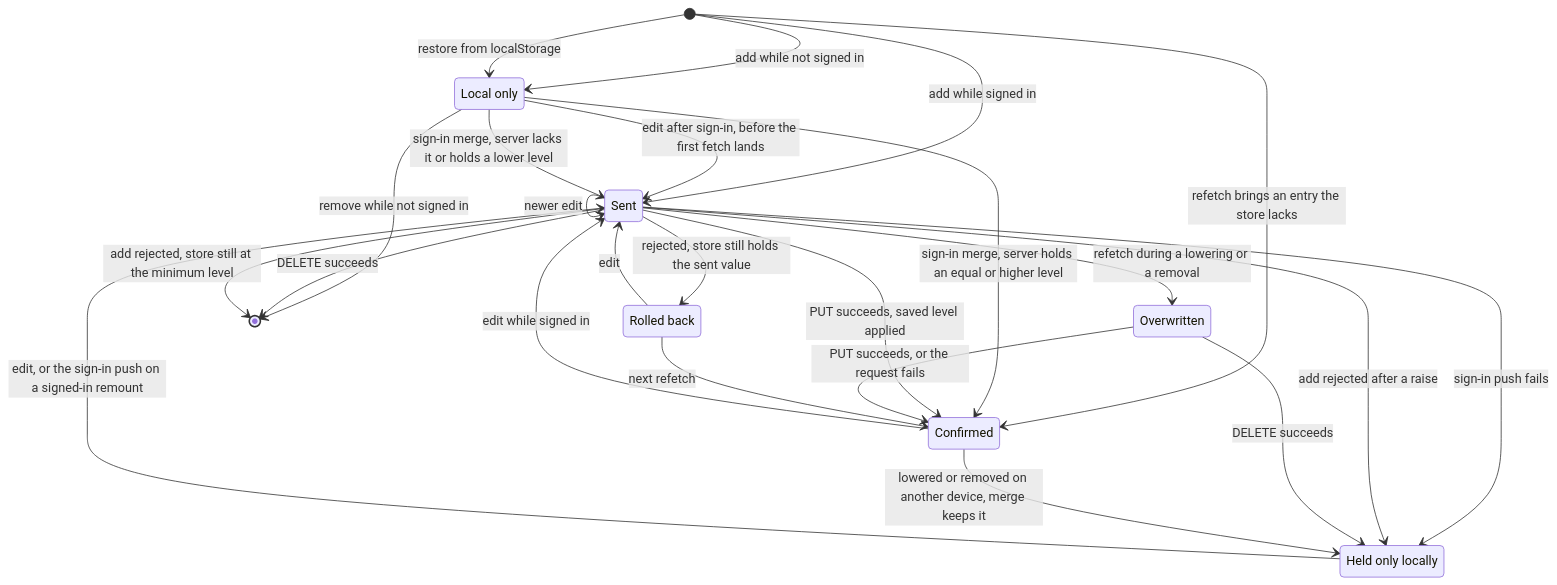
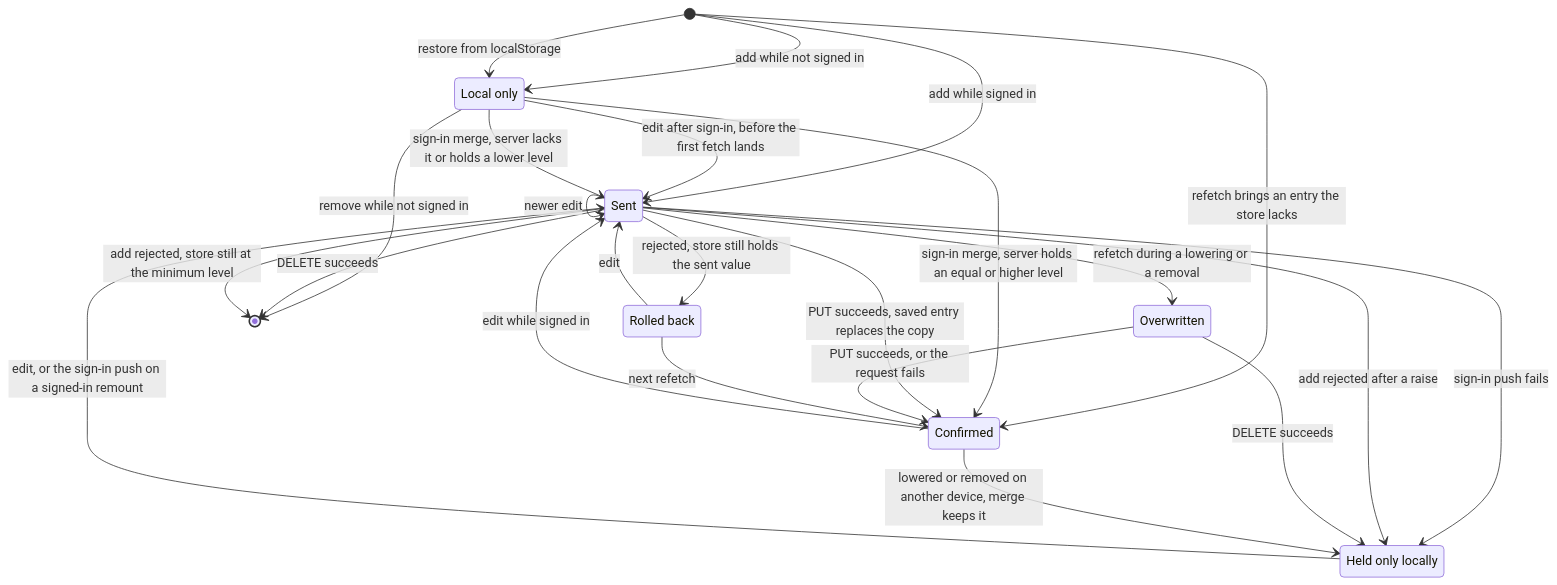
Before and after one commit to dungeon-studio/genshin.dungeon.studio: the first of 3 diagrams in docs/reference/data-flow-lifecycles.md, drawn with Mermaid. The commit also changed other lines of this file and 4 other files, not shown here.

First line of the commit message:
docs: fact-check data flow pages after merging develop

````diff
--- a/docs/reference/data-flow-lifecycles.md
+++ b/docs/reference/data-flow-lifecycles.md
@@ -40,30 +41,30 @@
 ```mermaid
 stateDiagram-v2
   state "Local only" as LocalOnly
   state "Rolled back" as RolledBack
   state "Held only locally" as HeldLocally
 
   [*] --> LocalOnly: add while not signed in
   [*] --> LocalOnly: restore from localStorage
   [*] --> Sent: add while signed in
   [*] --> Confirmed: refetch brings an entry the store lacks
   LocalOnly --> Sent: edit after sign-in, before the first fetch lands
   LocalOnly --> Sent: sign-in merge, server lacks it or holds a lower level
   LocalOnly --> Confirmed: sign-in merge, server holds an equal or higher level
   LocalOnly --> [*]: remove while not signed in
   Sent --> Sent: newer edit
-  Sent --> Confirmed: PUT succeeds, saved level applied
+  Sent --> Confirmed: PUT succeeds, saved entry replaces the copy
   Sent --> [*]: DELETE succeeds
   Sent --> [*]: add rejected, store still at the minimum level
   Sent --> RolledBack: rejected, store still holds the sent value
   Sent --> Overwritten: refetch during a lowering or a removal
   Sent --> HeldLocally: sign-in push fails
   Sent --> HeldLocally: add rejected after a raise
   Overwritten --> Confirmed: PUT succeeds, or the request fails
   Overwritten --> HeldLocally: DELETE succeeds
   Confirmed --> Sent: edit while signed in
   Confirmed --> HeldLocally: lowered or removed on another device, merge keeps it
   HeldLocally --> Sent: edit, or the sign-in push on a signed-in remount
   RolledBack --> Sent: edit
   RolledBack --> Confirmed: next refetch
 ```
````
